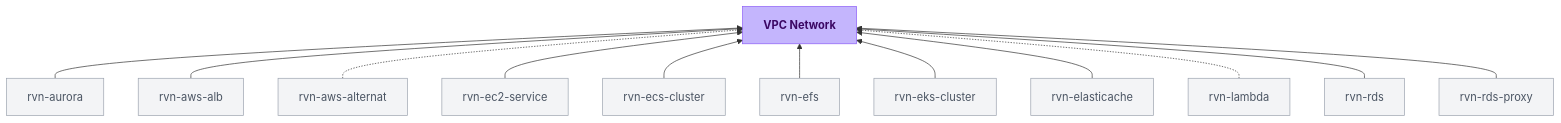
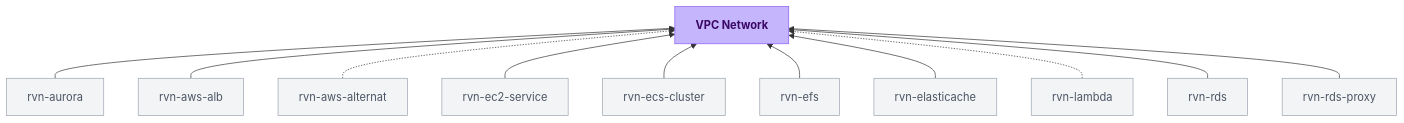
The diagram in module-definitions/catalog/rvn-aws-network.mdx (ravionhq/docs), drawn with Mermaid before and after one commit. The commit also changed 9 other files, not shown here.

Commit message:
chore: sync module catalog docs

````diff
--- a/module-definitions/catalog/rvn-aws-network.mdx
+++ b/module-definitions/catalog/rvn-aws-network.mdx
@@ -16,34 +16,32 @@
 ```mermaid
 flowchart BT
   rvn_aurora["rvn-aurora"] --> rvn_aws_network["<strong>VPC Network</strong>"]
   rvn_aws_alb["rvn-aws-alb"] --> rvn_aws_network
   rvn_aws_alternat["rvn-aws-alternat"] -.-> rvn_aws_network
   rvn_ec2_service["rvn-ec2-service"] --> rvn_aws_network
   rvn_ecs_cluster["rvn-ecs-cluster"] --> rvn_aws_network
   rvn_efs["rvn-efs"] --> rvn_aws_network
-  rvn_eks_cluster["rvn-eks-cluster"] --> rvn_aws_network
   rvn_elasticache["rvn-elasticache"] --> rvn_aws_network
   rvn_lambda["rvn-lambda"] -.-> rvn_aws_network
   rvn_rds["rvn-rds"] --> rvn_aws_network
   rvn_rds_proxy["rvn-rds-proxy"] --> rvn_aws_network
 
   class rvn_aws_network current
-  class rvn_aurora,rvn_aws_alb,rvn_aws_alternat,rvn_ec2_service,rvn_ecs_cluster,rvn_efs,rvn_eks_cluster,rvn_elasticache,rvn_lambda,rvn_rds,rvn_rds_proxy consumer
+  class rvn_aurora,rvn_aws_alb,rvn_aws_alternat,rvn_ec2_service,rvn_ecs_cluster,rvn_efs,rvn_elasticache,rvn_lambda,rvn_rds,rvn_rds_proxy consumer
 
   classDef current fill:#C4B5FD,stroke:#8B5CF6,color:#3B0764
   classDef dependency fill:#FAF8FF,stroke:#DDD6FE,color:#6D28D9
   classDef consumer fill:#F3F4F6,stroke:#9CA3AF,color:#4B5563
   classDef upstream fill:#F8FAFC,stroke:#CBD5E1,color:#94A3B8
 
   click rvn_aurora "/module-definitions/catalog/rvn-aurora" "Open rvn-aurora docs"
   click rvn_aws_alb "/module-definitions/catalog/rvn-aws-alb" "Open rvn-aws-alb docs"
   click rvn_aws_alternat "/module-definitions/catalog/rvn-aws-alternat" "Open rvn-aws-alternat docs"
   click rvn_ec2_service "/module-definitions/catalog/rvn-ec2-service" "Open rvn-ec2-service docs"
   click rvn_ecs_cluster "/module-definitions/catalog/rvn-ecs-cluster" "Open rvn-ecs-cluster docs"
   click rvn_efs "/module-definitions/catalog/rvn-efs" "Open rvn-efs docs"
-  click rvn_eks_cluster "/module-definitions/catalog/rvn-eks-cluster" "Open rvn-eks-cluster docs"
   click rvn_elasticache "/module-definitions/catalog/rvn-elasticache" "Open rvn-elasticache docs"
   click rvn_lambda "/module-definitions/catalog/rvn-lambda" "Open rvn-lambda docs"
   click rvn_rds "/module-definitions/catalog/rvn-rds" "Open rvn-rds docs"
   click rvn_rds_proxy "/module-definitions/catalog/rvn-rds-proxy" "Open rvn-rds-proxy docs"
 ```
````
